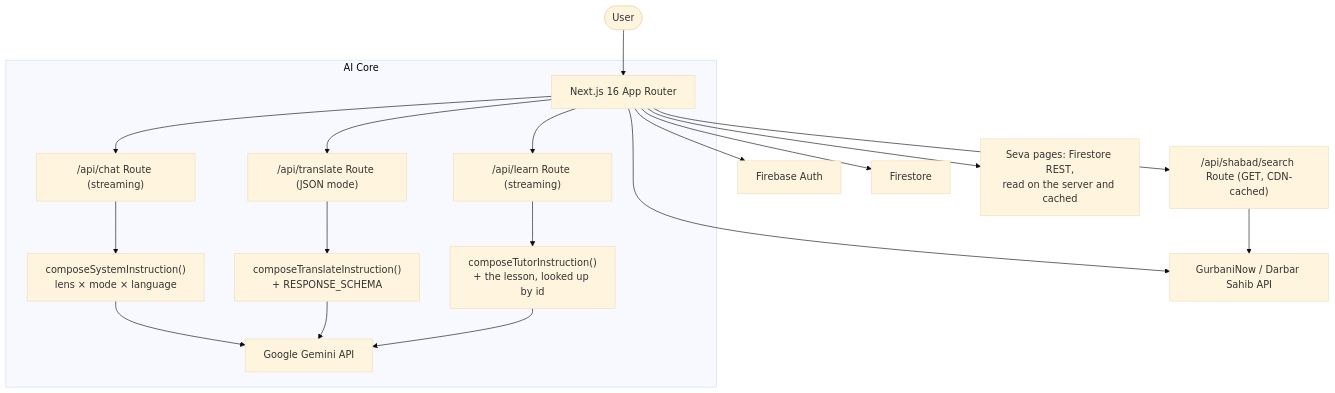
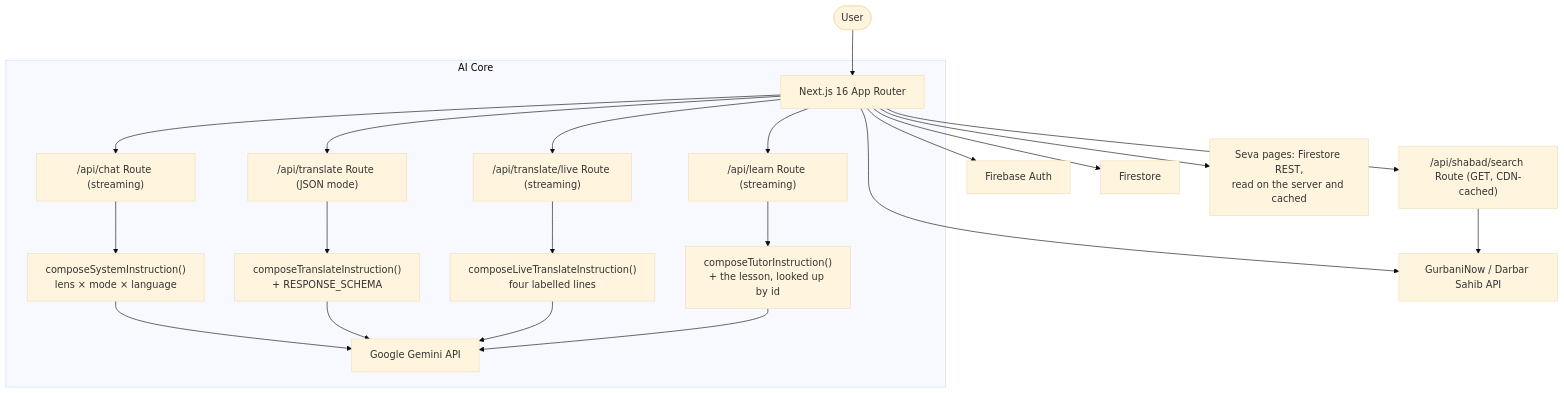
One commit to rohan1234usa/sikh-ai changed the diagram in README.md. Above: the diagram before and after it, drawn with Mermaid (base theme). The commit also changed other lines of this file and 23 other files, not shown here.

````diff
--- a/README.md
+++ b/README.md
@@ -38,22 +38,25 @@
 ```mermaid
 graph TD
     User([User]) --> Next[Next.js 16 App Router]
     Next --> Auth[Firebase Auth]
     Next --> DB[Firestore]
     Next --> SevaPages["Seva pages: Firestore REST,<br/>read on the server and cached"]
     Next --> Hukam[GurbaniNow / Darbar Sahib API]
     Next --> SRoute["/api/shabad/search Route (GET, CDN-cached)"]
     SRoute --> Hukam
 
     subgraph "AI Core"
     Next --> Route["/api/chat Route (streaming)"]
     Route --> Compose["composeSystemInstruction()<br/>lens × mode × language"]
     Next --> TRoute["/api/translate Route (JSON mode)"]
     TRoute --> TCompose["composeTranslateInstruction()<br/>+ RESPONSE_SCHEMA"]
+    Next --> LiveRoute["/api/translate/live Route (streaming)"]
+    LiveRoute --> LiveCompose["composeLiveTranslateInstruction()<br/>four labelled lines"]
     Next --> LRoute["/api/learn Route (streaming)"]
     LRoute --> LCompose["composeTutorInstruction()<br/>+ the lesson, looked up by id"]
     Compose --> Gemini[Google Gemini API]
     TCompose --> Gemini
+    LiveCompose --> Gemini
     LCompose --> Gemini
     end
 ```
````
